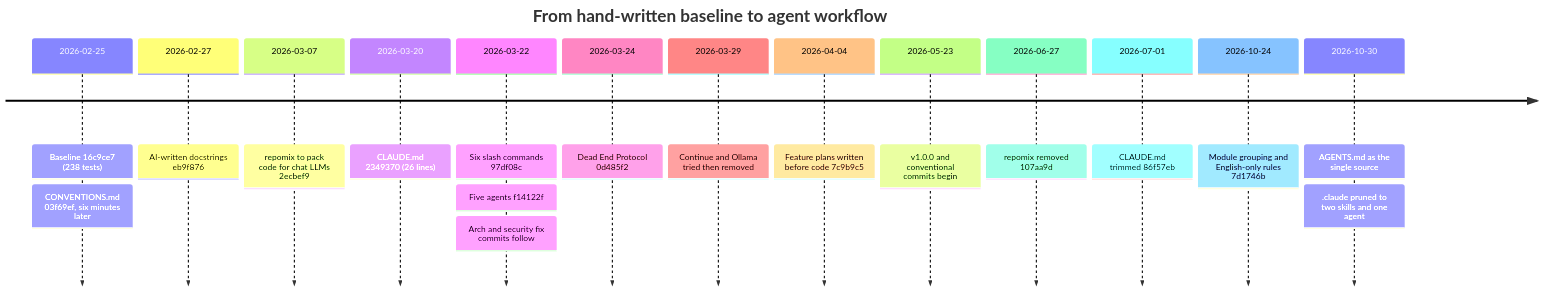
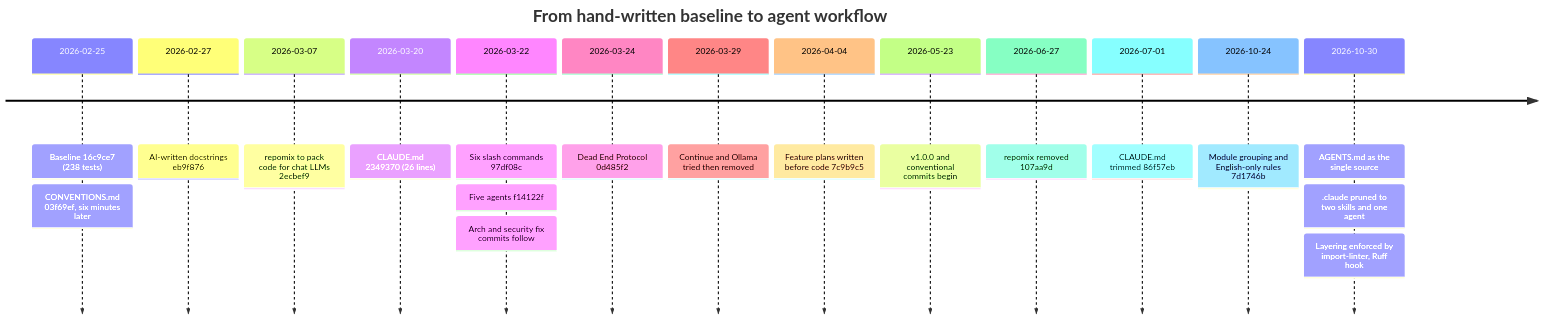
Before and after one commit to ychab/museflow: the first of 2 diagrams in docs/technical/ai-assisted-development.md, drawn with Mermaid. The commit also changed other lines of this file and 10 other files, not shown here.

First line of the commit message:
chore: enforce the architecture with import-linter and a Ruff hook

````diff
--- a/docs/technical/ai-assisted-development.md
+++ b/docs/technical/ai-assisted-development.md
@@ -17,21 +17,22 @@
 ```mermaid
 timeline
     title From hand-written baseline to agent workflow
     2026-02-25 : Baseline 16c9ce7 (238 tests)
                : CONVENTIONS.md 03f69ef, six minutes later
     2026-02-27 : AI-written docstrings eb9f876
     2026-03-07 : repomix to pack code for chat LLMs 2ecbef9
     2026-03-20 : CLAUDE.md 2349370 (26 lines)
     2026-03-22 : Six slash commands 97df08c
                : Five agents f14122f
                : Arch and security fix commits follow
     2026-03-24 : Dead End Protocol 0d485f2
     2026-03-29 : Continue and Ollama tried then removed
     2026-04-04 : Feature plans written before code 7c9b9c5
     2026-05-23 : v1.0.0 and conventional commits begin
     2026-06-27 : repomix removed 107aa9d
     2026-07-01 : CLAUDE.md trimmed 86f57eb
     2026-10-24 : Module grouping and English-only rules 7d1746b
     2026-10-30 : AGENTS.md as the single source
                : .claude pruned to two skills and one agent
+               : Layering enforced by import-linter, Ruff hook
 ```
````
